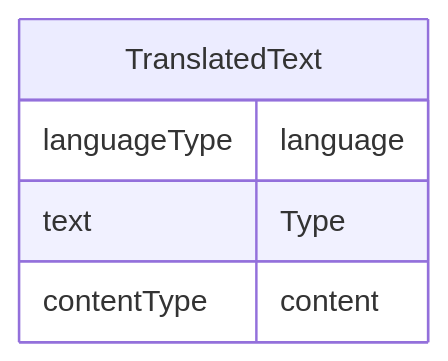
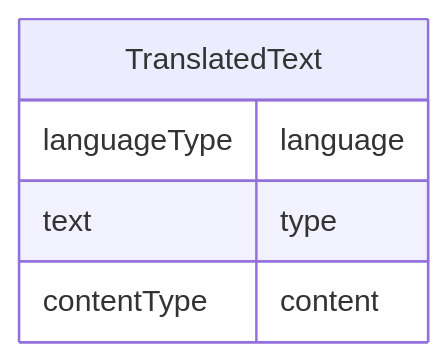
One commit to cdisc-org/DataExchange-ODM-LinkML changed the diagram in docs/TranslatedText.md. Above: the diagram before and after it, drawn with Mermaid. The commit also changed other lines of this file and 759 other files, not shown here.

````diff
--- a/docs/TranslatedText.md
+++ b/docs/TranslatedText.md
@@ -11,11 +11,11 @@
 ```mermaid
 erDiagram
 TranslatedText {
     languageType language  
-    text Type  
+    text type  
     contentType content  
 }
 
 
 
 ```
````
